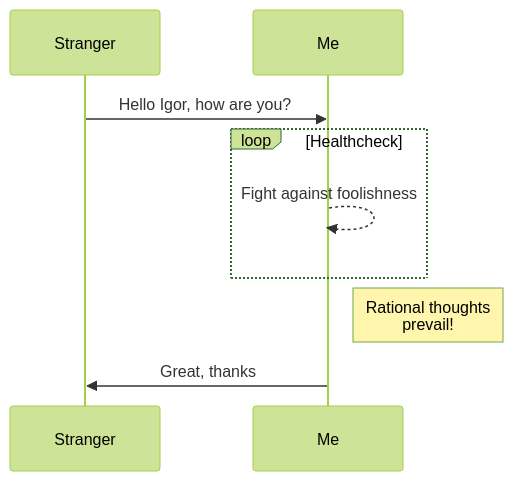
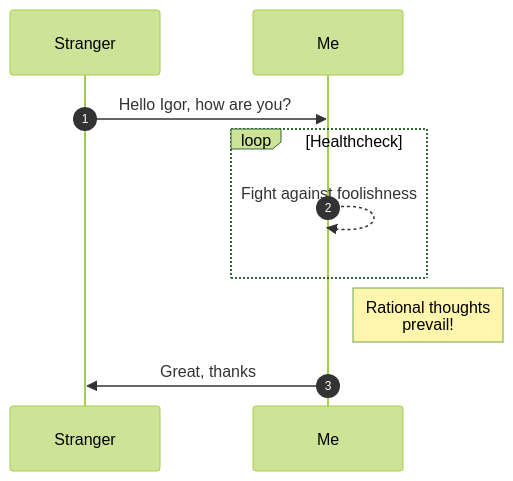
The diagram in _d/mermaid.md (idvorkin/idvorkin.github.io), drawn with Mermaid (forest theme) before and after one commit.

Commit message:
Save mermaid.md

````diff
--- a/_d/mermaid.md
+++ b/_d/mermaid.md
@@ -10,11 +10,12 @@
 ```mermaid
 sequenceDiagram
-    participant Stranger
-    participant Me
-    Stranger->>Me: Hello Igor, how are you?
+    autonumber
+    participant S as Stranger
+    participant M as Me
+    S->>M: Hello Igor, how are you?
     loop Healthcheck
-    Me-->>Me: Fight against foolishness
+        M-->>M: Fight against foolishness
     end
-    Note right of Me: Rational thoughts <br/>prevail!
-    Me->> Stranger: Great, thanks
+    Note right of M: Rational thoughts <br/>prevail!
+    M->> S: Great, thanks
 ```
````
